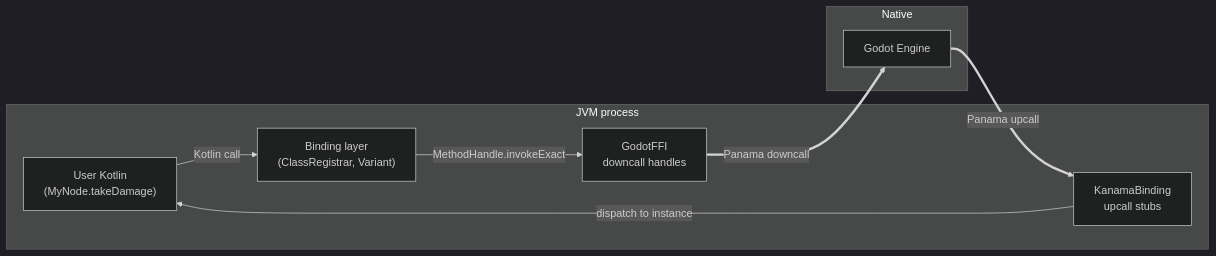
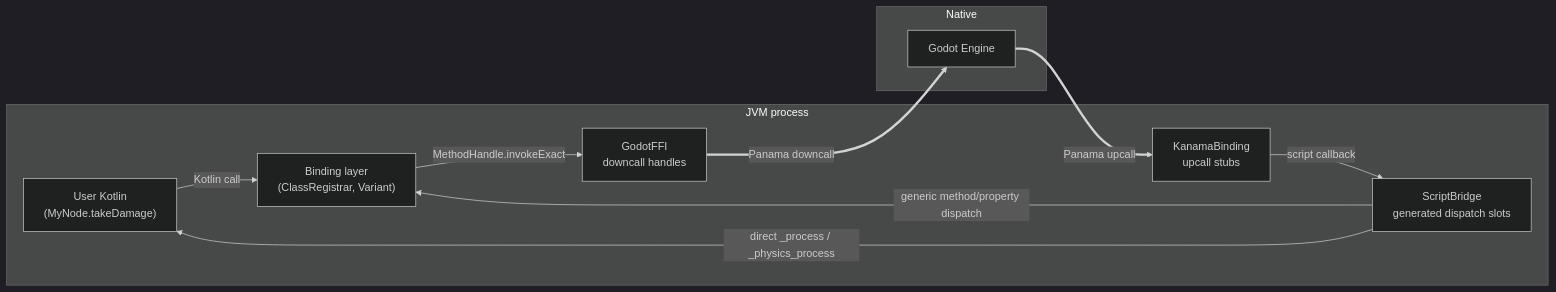
The fourth of 4 diagrams in docs/contributing/architecture.md (T-bond/kanama), drawn with Mermaid (dark theme) before and after one commit. The commit also changed other lines of this file and 6 other files, not shown here.

````diff
--- a/docs/contributing/architecture.md
+++ b/docs/contributing/architecture.md
@@ -113,18 +113,21 @@
 ```mermaid
 flowchart LR
     subgraph JVM["JVM process"]
         UK["User Kotlin<br/>(MyNode.takeDamage)"]
         BIND["Binding layer<br/>(ClassRegistrar, Variant)"]
+        SB["ScriptBridge<br/>generated dispatch slots"]
         FFI["GodotFFI<br/>downcall handles"]
         STUBS["KanamaBinding<br/>upcall stubs"]
     end
     subgraph NAT["Native"]
         GODOT["Godot Engine"]
     end
 
     UK -->|"Kotlin call"| BIND
     BIND -->|"MethodHandle.invokeExact"| FFI
     FFI ==>|"Panama downcall"| GODOT
     GODOT ==>|"Panama upcall"| STUBS
-    STUBS -->|"dispatch to instance"| UK
+    STUBS -->|"script callback"| SB
+    SB -->|"direct _process / _physics_process"| UK
+    SB -->|"generic method/property dispatch"| BIND
 ```
````
